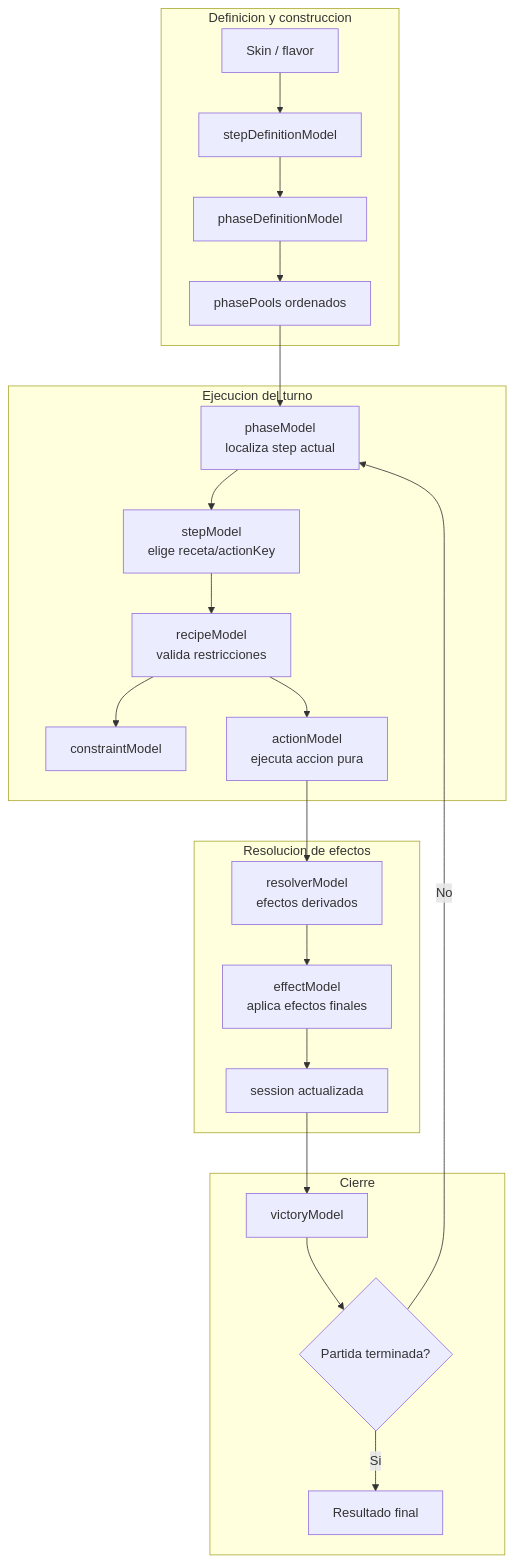
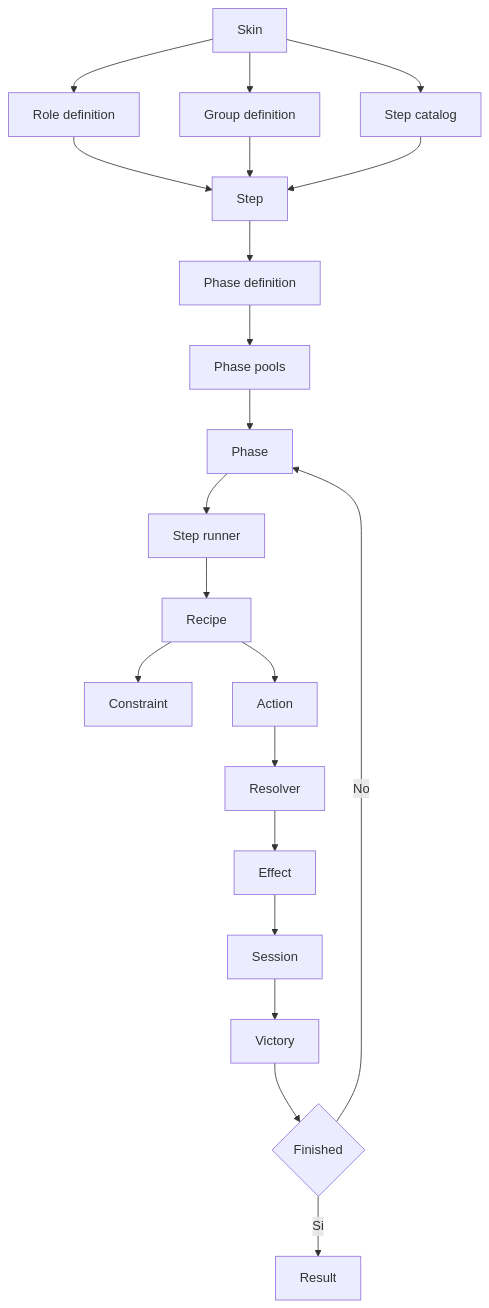
One commit to juanramonmorandeira/castronegro-director changed the first of 12 diagrams in docs/engine_flow_map.md. Above: the diagram before and after it, drawn with Mermaid. The commit also changed other lines of this file and 29 other files, not shown here.

Commit message:
feat: mejoras conceptuales, definitions, catalog, model. definicion constructores

````diff
--- a/docs/engine_flow_map.md
+++ b/docs/engine_flow_map.md
@@ -13,29 +8,42 @@
 ```mermaid
 flowchart TD
-  subgraph DEF[Definicion y construccion]
-    A[Skin / flavor] --> B[stepDefinitionModel]
-    B --> C[phaseDefinitionModel]
-    C --> D[phasePools ordenados]
-  end
+  A[Skin]
+  B[Role definition]
+  C[Group definition]
+  D[Step catalog]
+  E[Step]
+  F[Phase definition]
+  G[Phase pools]
+  H[Phase]
+  I[Step runner]
+  J[Recipe]
+  K[Constraint]
+  L[Action]
+  M[Resolver]
+  N[Effect]
+  O[Session]
+  P[Victory]
+  Q{Finished}
+  R[Result]
 
-  subgraph RUN[Ejecucion del turno]
-    D --> E[phaseModel<br/>localiza step actual]
-    E --> F[stepModel<br/>elige receta/actionKey]
-    F --> G[recipeModel<br/>valida restricciones]
-    G --> H[constraintModel]
-    G --> I[actionModel<br/>ejecuta accion pura]
-  end
-
-  subgraph EFFECTS[Resolucion de efectos]
-    I --> J[resolverModel<br/>efectos derivados]
-    J --> K[effectModel<br/>aplica efectos finales]
-    K --> L[session actualizada]
-  end
-
-  subgraph END[Cierre]
-    L --> M[victoryModel]
-    M --> N{Partida terminada?}
-    N -->|No| E
-    N -->|Si| O[Resultado final]
-  end
+  A --> B
+  A --> C
+  A --> D
+  B --> E
+  C --> E
+  D --> E
+  E --> F
+  F --> G
+  G --> H
+  H --> I
+  I --> J
+  J --> K
+  J --> L
+  L --> M
+  M --> N
+  N --> O
+  O --> P
+  P --> Q
+  Q -->|No| H
+  Q -->|Si| R
 ```
````
